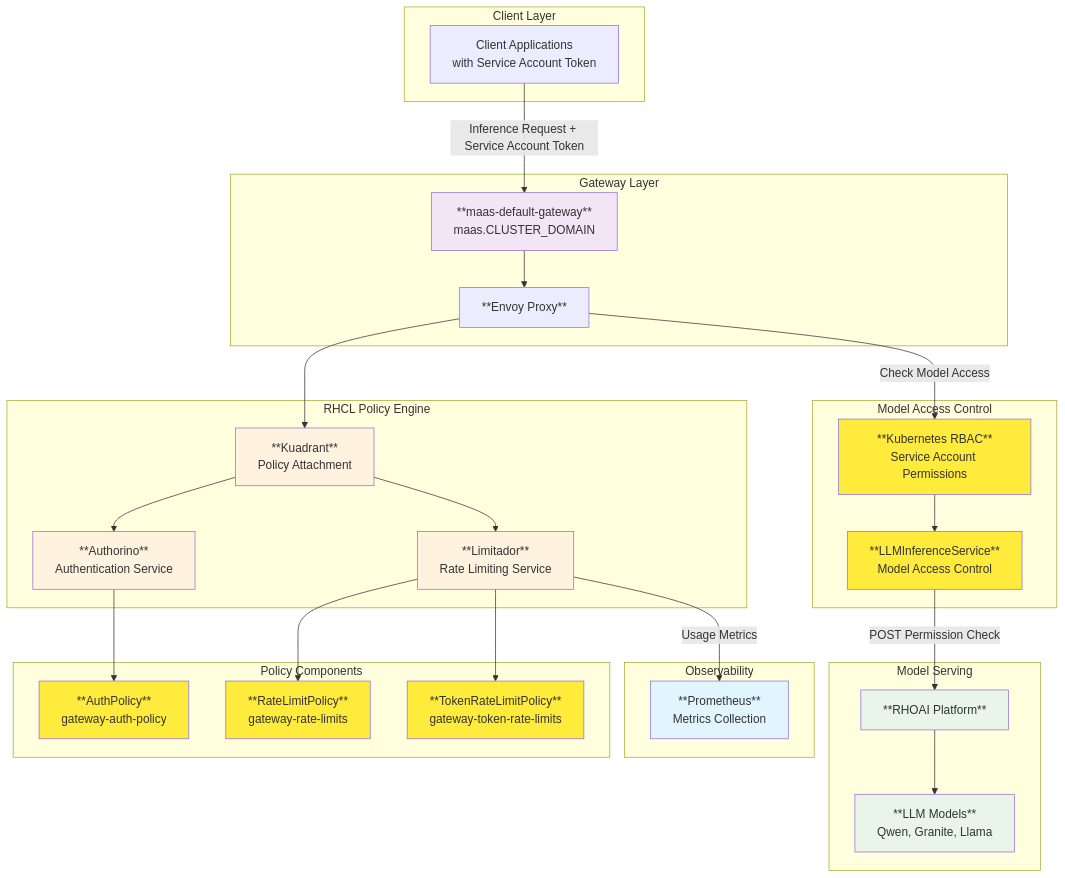
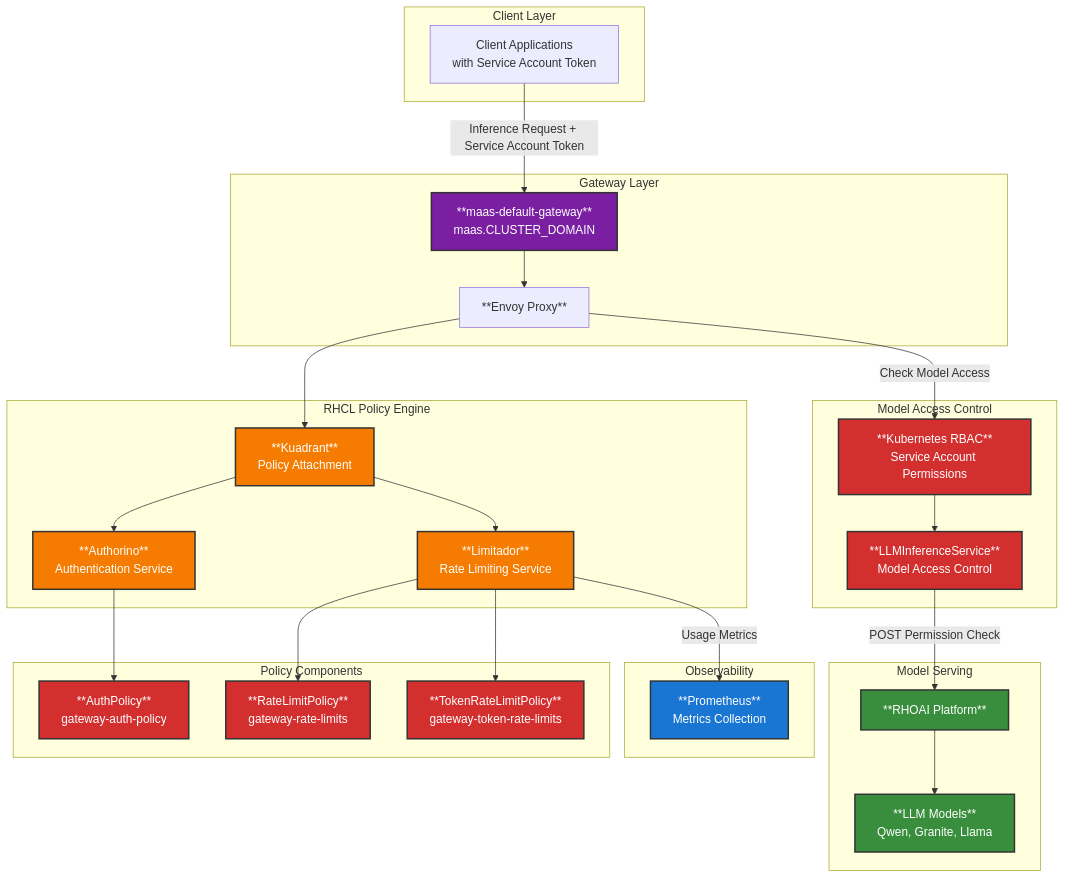
Before and after one commit to yossiovadia/maas-billing: the third of 5 diagrams in docs/content/architecture.md, drawn with Mermaid. The commit also changed other lines of this file, not shown here.

Commit message:
docs: update architecture diagram styles for improved clarity (#193)

````diff
--- a/docs/content/architecture.md
+++ b/docs/content/architecture.md
@@ -127,68 +127,68 @@
 ```mermaid
 graph TB
     subgraph "Client Layer"
         Client[Client Applications<br/>with Service Account Token]
     end
     
     subgraph "Gateway Layer"
         GatewayAPI[**maas-default-gateway**<br/>maas.CLUSTER_DOMAIN]
         Envoy[**Envoy Proxy**]
     end
     
     subgraph "RHCL Policy Engine"
         Kuadrant[**Kuadrant**<br/>Policy Attachment]
         Authorino[**Authorino**<br/>Authentication Service]
         Limitador[**Limitador**<br/>Rate Limiting Service]
     end
     
     subgraph "Policy Components"
         AuthPolicy[**AuthPolicy**<br/>gateway-auth-policy]
         RateLimitPolicy[**RateLimitPolicy**<br/>gateway-rate-limits]
         TokenRateLimitPolicy[**TokenRateLimitPolicy**<br/>gateway-token-rate-limits]
     end
     
     subgraph "Model Access Control"
         RBAC[**Kubernetes RBAC**<br/>Service Account Permissions]
         LLMInferenceService[**LLMInferenceService**<br/>Model Access Control]
     end
     
     subgraph "Model Serving"
         RHOAI[**RHOAI Platform**]
         Models[**LLM Models**<br/>Qwen, Granite, Llama]
     end
     
     subgraph "Observability"
         Prometheus[**Prometheus**<br/>Metrics Collection]
     end
     
     Client -->|Inference Request + Service Account Token| GatewayAPI
     GatewayAPI --> Envoy
     
     Envoy --> Kuadrant
     Kuadrant --> Authorino
     Kuadrant --> Limitador
     
     Authorino --> AuthPolicy
     Limitador --> RateLimitPolicy
     Limitador --> TokenRateLimitPolicy
     
     Envoy -->|Check Model Access| RBAC
     RBAC --> LLMInferenceService
     LLMInferenceService -->|POST Permission Check| RHOAI
     RHOAI --> Models
     
     Limitador -->|Usage Metrics| Prometheus
     
-    style GatewayAPI fill:#f3e5f5
-    style Kuadrant fill:#fff3e0
-    style Authorino fill:#fff3e0
-    style Limitador fill:#fff3e0
-    style AuthPolicy fill:#ffeb3b
-    style RateLimitPolicy fill:#ffeb3b
-    style TokenRateLimitPolicy fill:#ffeb3b
-    style RBAC fill:#ffeb3b
-    style LLMInferenceService fill:#ffeb3b
-    style RHOAI fill:#e8f5e8
-    style Models fill:#e8f5e8
-    style Prometheus fill:#e1f5fe
+    style GatewayAPI fill:#7b1fa2,stroke:#333,stroke-width:2px,color:#fff
+    style Kuadrant fill:#f57c00,stroke:#333,stroke-width:2px,color:#fff
+    style Authorino fill:#f57c00,stroke:#333,stroke-width:2px,color:#fff
+    style Limitador fill:#f57c00,stroke:#333,stroke-width:2px,color:#fff
+    style AuthPolicy fill:#d32f2f,stroke:#333,stroke-width:2px,color:#fff
+    style RateLimitPolicy fill:#d32f2f,stroke:#333,stroke-width:2px,color:#fff
+    style TokenRateLimitPolicy fill:#d32f2f,stroke:#333,stroke-width:2px,color:#fff
+    style RBAC fill:#d32f2f,stroke:#333,stroke-width:2px,color:#fff
+    style LLMInferenceService fill:#d32f2f,stroke:#333,stroke-width:2px,color:#fff
+    style RHOAI fill:#388e3c,stroke:#333,stroke-width:2px,color:#fff
+    style Models fill:#388e3c,stroke:#333,stroke-width:2px,color:#fff
+    style Prometheus fill:#1976d2,stroke:#333,stroke-width:2px,color:#fff
 ```
````
